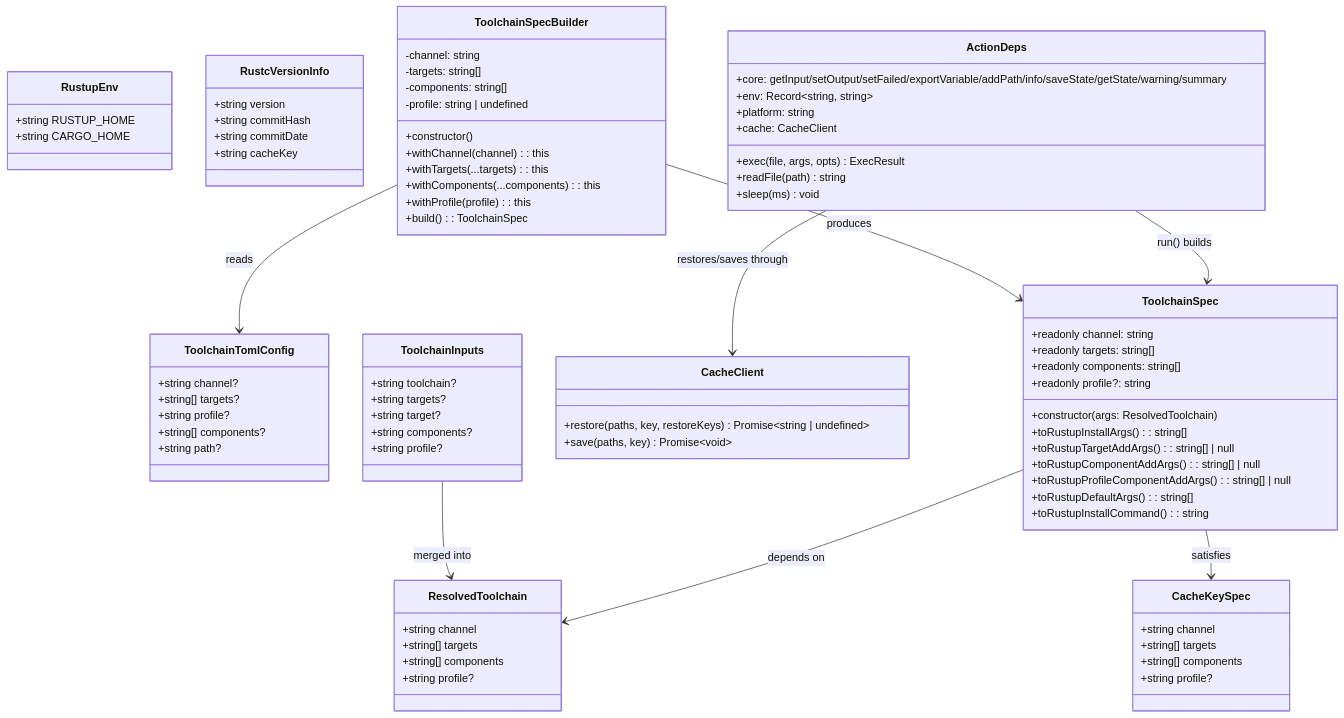
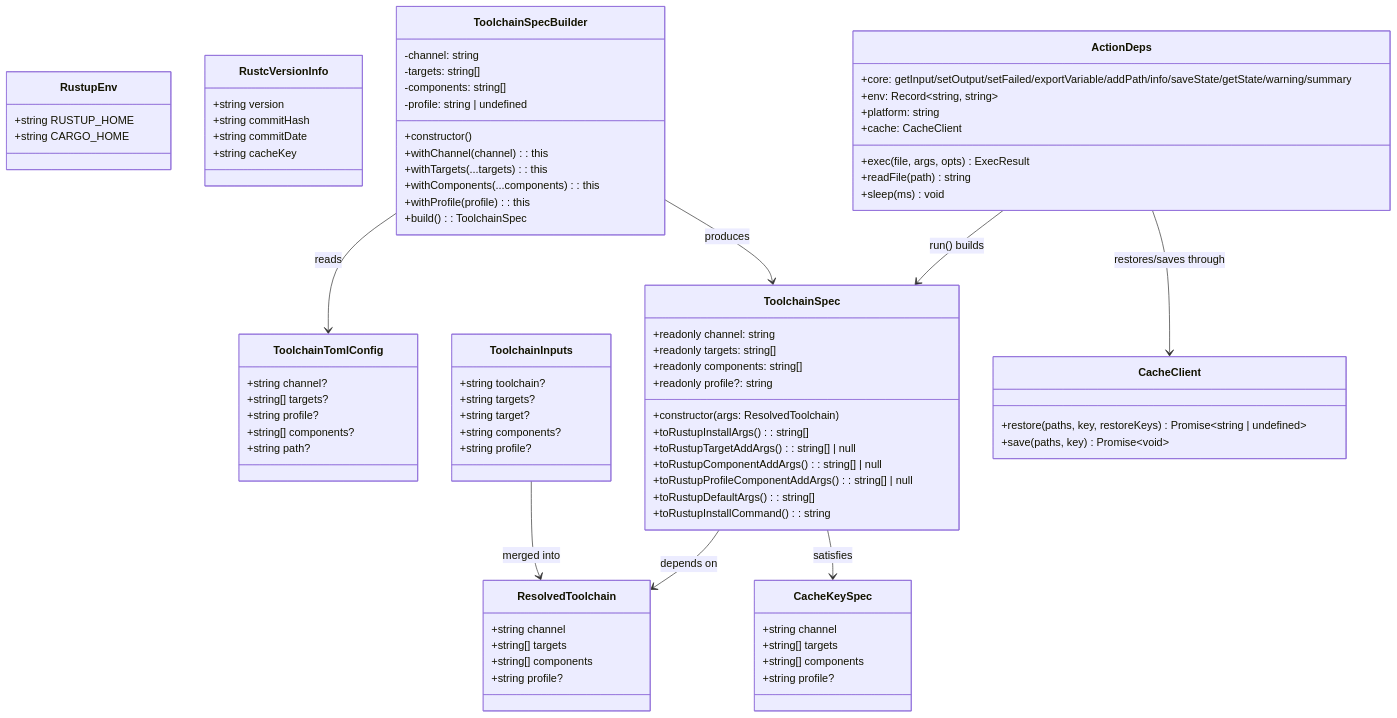
One commit to elioseverojunior/rust-toolchain changed the sixth of 8 diagrams in docs/ARCHITECTURE.md. Above: the diagram before and after it, drawn with Mermaid.

Commit message:
docs(cache): move CacheClient below the toolchain classes
CacheClient sat between ActionDeps and ToolchainSpec, so the port
interrupted the toolchain narrative and separated ToolchainSpec from the
builder that produces it. Declaration order drives layout in a Mermaid
classDiagram, so this was visible in the render, not just the source.

Its relationship edge was also the only one declared mid-diagram while
every other edge is grouped at the bottom; move it into that cluster so
the block reads as all classes, then all relationships.

````diff
--- a/docs/ARCHITECTURE.md
+++ b/docs/ARCHITECTURE.md
@@ -375,13 +375,6 @@
         +cache: CacheClient
     }
 
-    class CacheClient {
-        +restore(paths, key, restoreKeys) Promise~string | undefined~
-        +save(paths, key) Promise~void~
-    }
-
-    ActionDeps --> CacheClient : restores/saves through
-
     class ToolchainSpec {
         +readonly channel: string
         +readonly targets: string[]
@@ -409,10 +402,16 @@
         +build(): ToolchainSpec
     }
 
+    class CacheClient {
+        +restore(paths, key, restoreKeys) Promise~string | undefined~
+        +save(paths, key) Promise~void~
+    }
+
     ToolchainInputs --> ResolvedToolchain : merged into
     ToolchainSpec --> ResolvedToolchain : depends on
     ToolchainSpecBuilder --> ToolchainSpec : produces
     ToolchainSpecBuilder --> ToolchainTomlConfig : reads
     ToolchainSpec --> CacheKeySpec : satisfies
     ActionDeps --> ToolchainSpec : run() builds
+    ActionDeps --> CacheClient : restores/saves through
 ```
````
